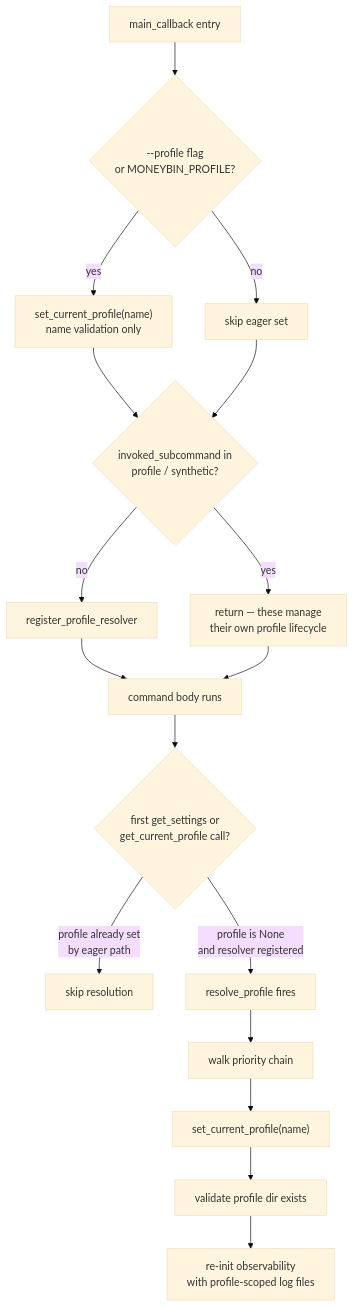
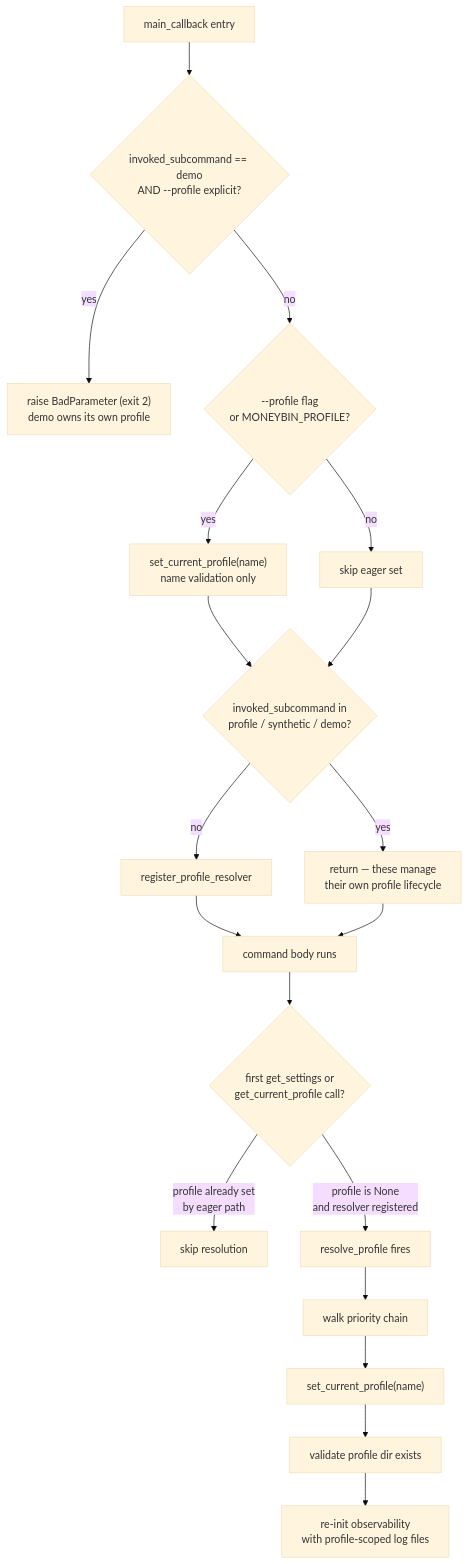
Before and after one commit to bsaffel/moneybin: the second of 2 diagrams in docs/tech/cli-startup-flow.md, drawn with Mermaid (base theme). The commit also changed other lines of this file and 16 other files, not shown here.

````diff
--- a/docs/tech/cli-startup-flow.md
+++ b/docs/tech/cli-startup-flow.md
@@ -128,19 +129,21 @@
 ```mermaid
 flowchart TD
-    A[main_callback entry] --> B{--profile flag<br/>or MONEYBIN_PROFILE?}
+    A[main_callback entry] --> Z{invoked_subcommand == demo<br/>AND --profile explicit?}
+    Z -->|yes| ZZ["raise BadParameter (exit 2)<br/>demo owns its own profile"]
+    Z -->|no| B{--profile flag<br/>or MONEYBIN_PROFILE?}
     B -->|yes| C["set_current_profile(name)<br/>name validation only"]
     B -->|no| D[skip eager set]
-    C --> E{invoked_subcommand in<br/>profile / synthetic?}
+    C --> E{invoked_subcommand in<br/>profile / synthetic / demo?}
     D --> E
     E -->|yes| F[return — these manage<br/>their own profile lifecycle]
     E -->|no| G[register_profile_resolver]
     G --> H[command body runs]
     F --> H
     H --> I{first get_settings or<br/>get_current_profile call?}
     I -->|profile already set<br/>by eager path| J[skip resolution]
     I -->|profile is None<br/>and resolver registered| K[resolve_profile fires]
     K --> L[walk priority chain]
     L --> M["set_current_profile(name)"]
     M --> N[validate profile dir exists]
     N --> O[re-init observability<br/>with profile-scoped log files]
 ```
````
